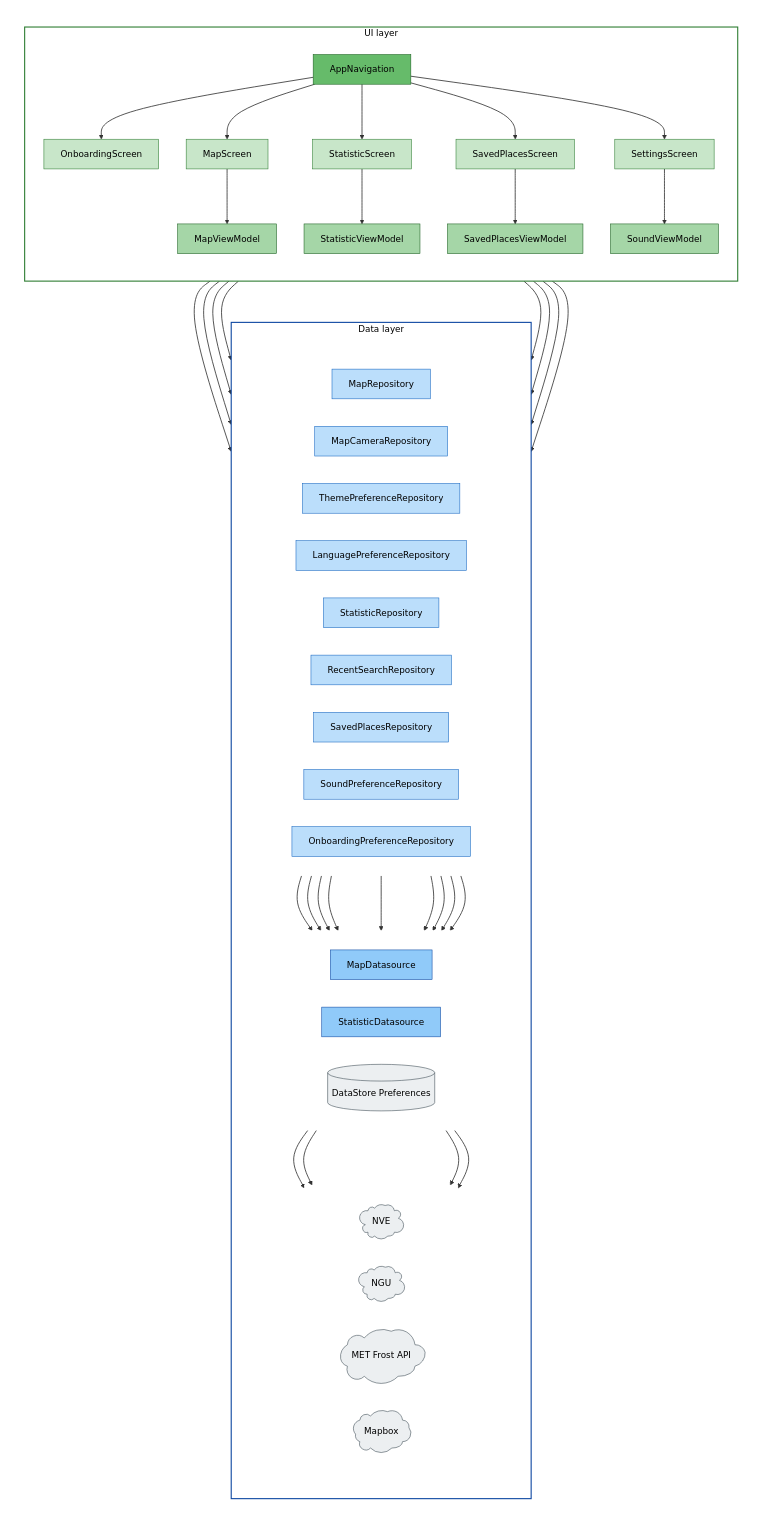
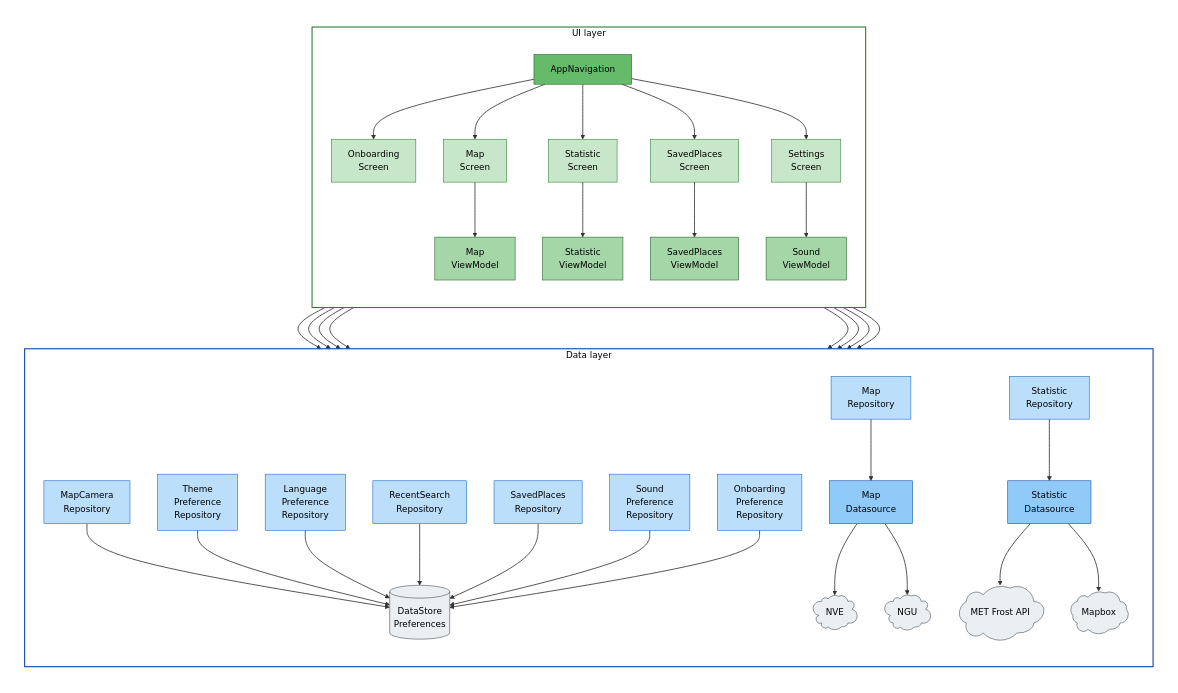
Before and after one commit to Dannevanne/klima-app: the diagram in ARCHITECTURE.md, drawn with Mermaid.

Commit message:
fix: ARCHITECTURE.md mermaid uses br line breaks so node text doesn't crop

```diff
--- a/ARCHITECTURE.md
+++ b/ARCHITECTURE.md
@@ -115,16 +115,16 @@
 
             AppNav["AppNavigation"]:::navhost
 
-            OnbScreen["OnboardingScreen"]:::screen
-            MapScreen["MapScreen"]:::screen
-            StatScreen["StatisticScreen"]:::screen
-            SavScreen["SavedPlacesScreen"]:::screen
-            SetScreen["SettingsScreen"]:::screen
+            OnbScreen["Onboarding<br>Screen"]:::screen
+            MapScreen["Map<br>Screen"]:::screen
+            StatScreen["Statistic<br>Screen"]:::screen
+            SavScreen["SavedPlaces<br>Screen"]:::screen
+            SetScreen["Settings<br>Screen"]:::screen
 
-            MapVM["MapViewModel"]:::vm
-            StatVM["StatisticViewModel"]:::vm
-            SavVM["SavedPlacesViewModel"]:::vm
-            SoundVM["SoundViewModel"]:::vm
+            MapVM["Map<br>ViewModel"]:::vm
+            StatVM["Statistic<br>ViewModel"]:::vm
+            SavVM["SavedPlaces<br>ViewModel"]:::vm
+            SoundVM["Sound<br>ViewModel"]:::vm
 
             AppNav --> OnbScreen
             AppNav --> MapScreen
@@ -142,33 +142,25 @@
         subgraph DATA["Data layer"]
             direction TB
 
-            subgraph REPOS[" "]
-                direction LR
-                MapRepo["MapRepository"]:::repo
-                MapCameraRepo["MapCameraRepository"]:::repo
-                ThemeRepo["ThemePreferenceRepository"]:::repo
-                LangRepo["LanguagePreferenceRepository"]:::repo
-                StatRepo["StatisticRepository"]:::repo
-                RecentRepo["RecentSearchRepository"]:::repo
-                SavRepo["SavedPlacesRepository"]:::repo
-                SoundRepo["SoundPreferenceRepository"]:::repo
-                OnbRepo["OnboardingPreferenceRepository"]:::repo
-            end
+            MapRepo["Map<br>Repository"]:::repo
+            MapCameraRepo["MapCamera<br>Repository"]:::repo
+            ThemeRepo["Theme<br>Preference<br>Repository"]:::repo
+            LangRepo["Language<br>Preference<br>Repository"]:::repo
+            StatRepo["Statistic<br>Repository"]:::repo
+            RecentRepo["RecentSearch<br>Repository"]:::repo
+            SavRepo["SavedPlaces<br>Repository"]:::repo
+            SoundRepo["Sound<br>Preference<br>Repository"]:::repo
+            OnbRepo["Onboarding<br>Preference<br>Repository"]:::repo
 
-            subgraph DSRCS[" "]
-                direction LR
-                MapDS["MapDatasource"]:::ds
-                StatDS["StatisticDatasource"]:::ds
-                DS[("DataStore Preferences")]:::store
-            end
+            MapDS["Map<br>Datasource"]:::ds
+            StatDS["Statistic<br>Datasource"]:::ds
 
-            subgraph APIS[" "]
-                direction LR
-                NVE@{ shape: cloud, label: "NVE" }
-                NGU@{ shape: cloud, label: "NGU" }
-                Frost@{ shape: cloud, label: "MET Frost API" }
-                Mapbox@{ shape: cloud, label: "Mapbox" }
-            end
+            DS[("DataStore<br>Preferences")]:::store
+
+            NVE@{ shape: cloud, label: "NVE" }
+            NGU@{ shape: cloud, label: "NGU" }
+            Frost@{ shape: cloud, label: "MET Frost API" }
+            Mapbox@{ shape: cloud, label: "Mapbox" }
 
             MapRepo --> MapDS
             StatRepo --> StatDS
@@ -205,9 +197,6 @@
     style CANVAS fill:#ffffff,stroke:#ffffff,color:#000000
     style UI fill:#ffffff,stroke:#2e7d32,stroke-width:2px,color:#000000
     style DATA fill:#ffffff,stroke:#0d47a1,stroke-width:2px,color:#000000
-    style REPOS fill:#ffffff,stroke:#ffffff
-    style DSRCS fill:#ffffff,stroke:#ffffff
-    style APIS fill:#ffffff,stroke:#ffffff
 
     classDef navhost fill:#66bb6a,stroke:#1b5e20,color:#000
     classDef screen fill:#c8e6c9,stroke:#2e7d32,color:#000
```
